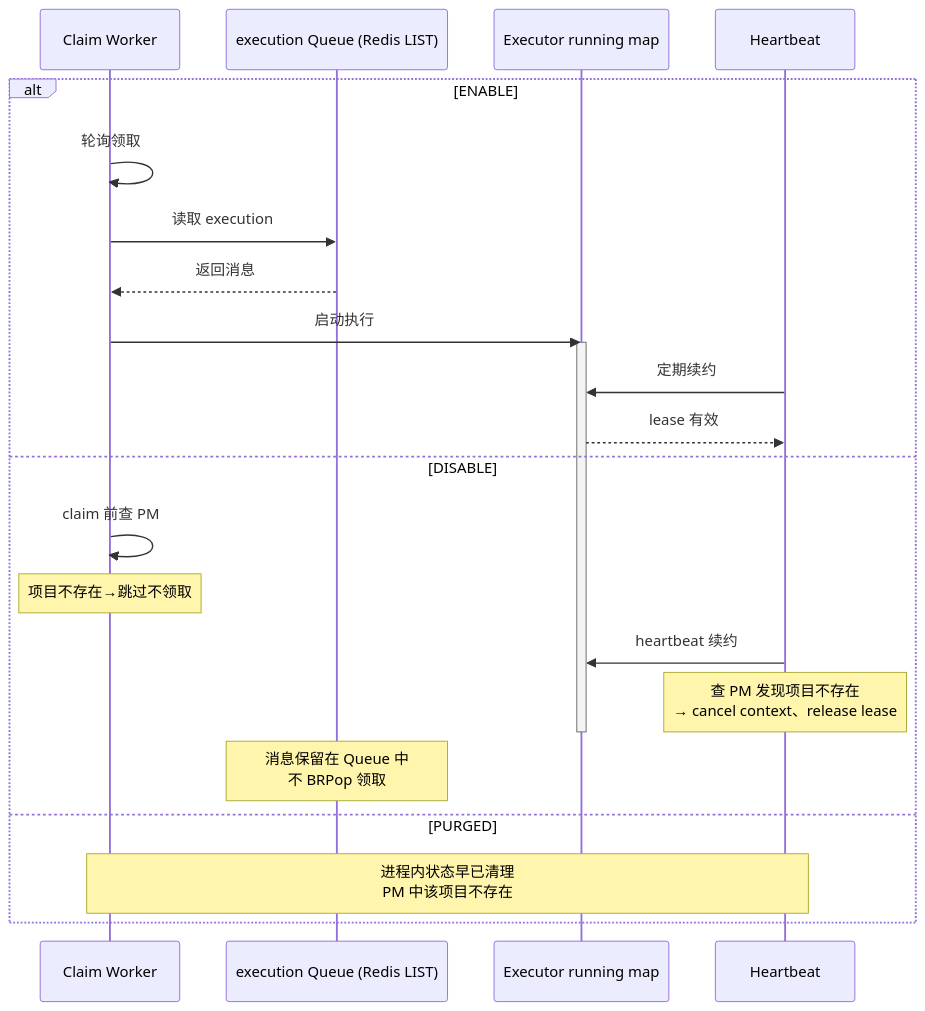
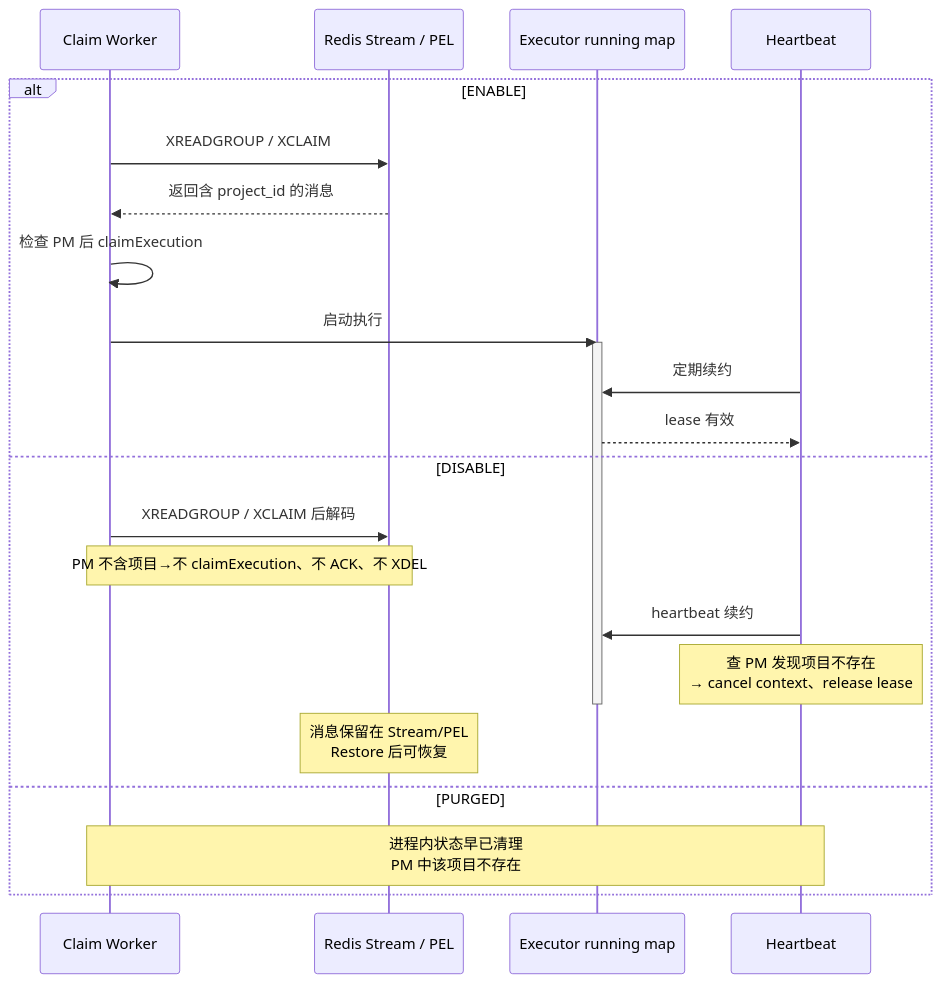
Before and after one commit to qinwenshiCH/workflow: diagram 11 of 22 in specs/20260716-Wave-Refac-OrganizationProjectLifecycle/04-detail.md, drawn with Mermaid. The commit also changed other lines of this file and 3 other files, not shown here.

````diff
--- a/specs/20260716-Wave-Refac-OrganizationProjectLifecycle/04-detail.md
+++ b/specs/20260716-Wave-Refac-OrganizationProjectLifecycle/04-detail.md
@@ -703,26 +703,26 @@
 ```mermaid
 sequenceDiagram
     participant W as Claim Worker
-    participant S as execution Queue (Redis LIST)
+    participant S as Redis Stream / PEL
     participant E as Executor running map
     participant H as Heartbeat
 
     alt ENABLE
-        W->>W: 轮询领取
-        W->>S: 读取 execution
-        S-->>W: 返回消息
+        W->>S: XREADGROUP / XCLAIM
+        S-->>W: 返回含 project_id 的消息
+        W->>W: 检查 PM 后 claimExecution
         W->>E: 启动执行
         activate E
         H->>E: 定期续约
         E-->>H: lease 有效
     else DISABLE
-        W->>W: claim 前查 PM
-        Note over W: 项目不存在→跳过不领取
+        W->>S: XREADGROUP / XCLAIM 后解码
+        Note over W,S: PM 不含项目→不 claimExecution、不 ACK、不 XDEL
         H->>E: heartbeat 续约
         Note over H: 查 PM 发现项目不存在<br/>→ cancel context、release lease
         deactivate E
-        Note over S: 消息保留在 Queue 中<br/>不 BRPop 领取
+        Note over S: 消息保留在 Stream/PEL<br/>Restore 后可恢复
     else PURGED
         Note over W,H: 进程内状态早已清理<br/>PM 中该项目不存在
     end
 ```
````
